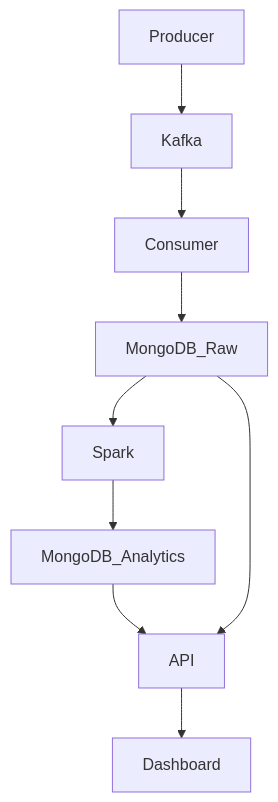
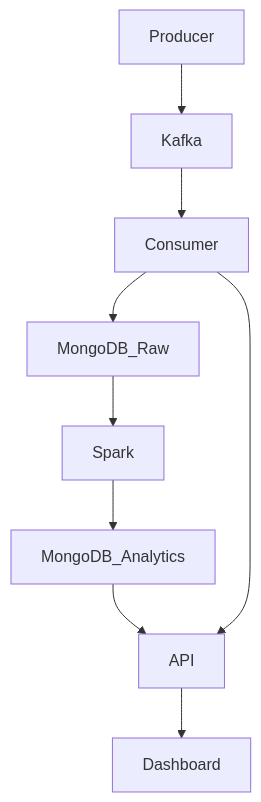
One commit to Ala-Eddine-Achach/Big-Data-project changed the diagram in README.md. Above: the diagram before and after it, drawn with Mermaid. The commit also changed other lines of this file, not shown here.

Commit message:
try fix readme , add demo

````diff
--- a/README.md
+++ b/README.md
@@ -46,11 +46,11 @@
 ```mermaid
 flowchart TD
     Producer --> Kafka
     Kafka --> Consumer
     Consumer --> MongoDB_Raw
     MongoDB_Raw --> Spark
     Spark --> MongoDB_Analytics
     MongoDB_Analytics --> API
-    MongoDB_Raw --> API
+    Consumer --> API
     API --> Dashboard
 ```
````
